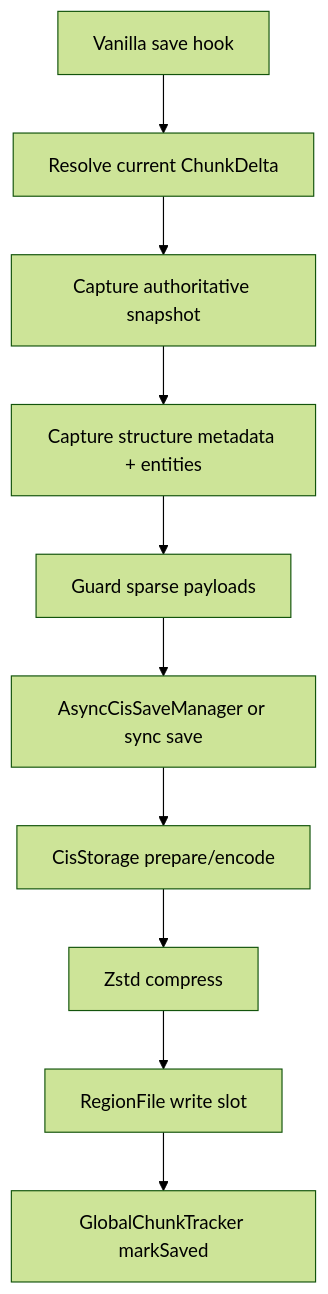
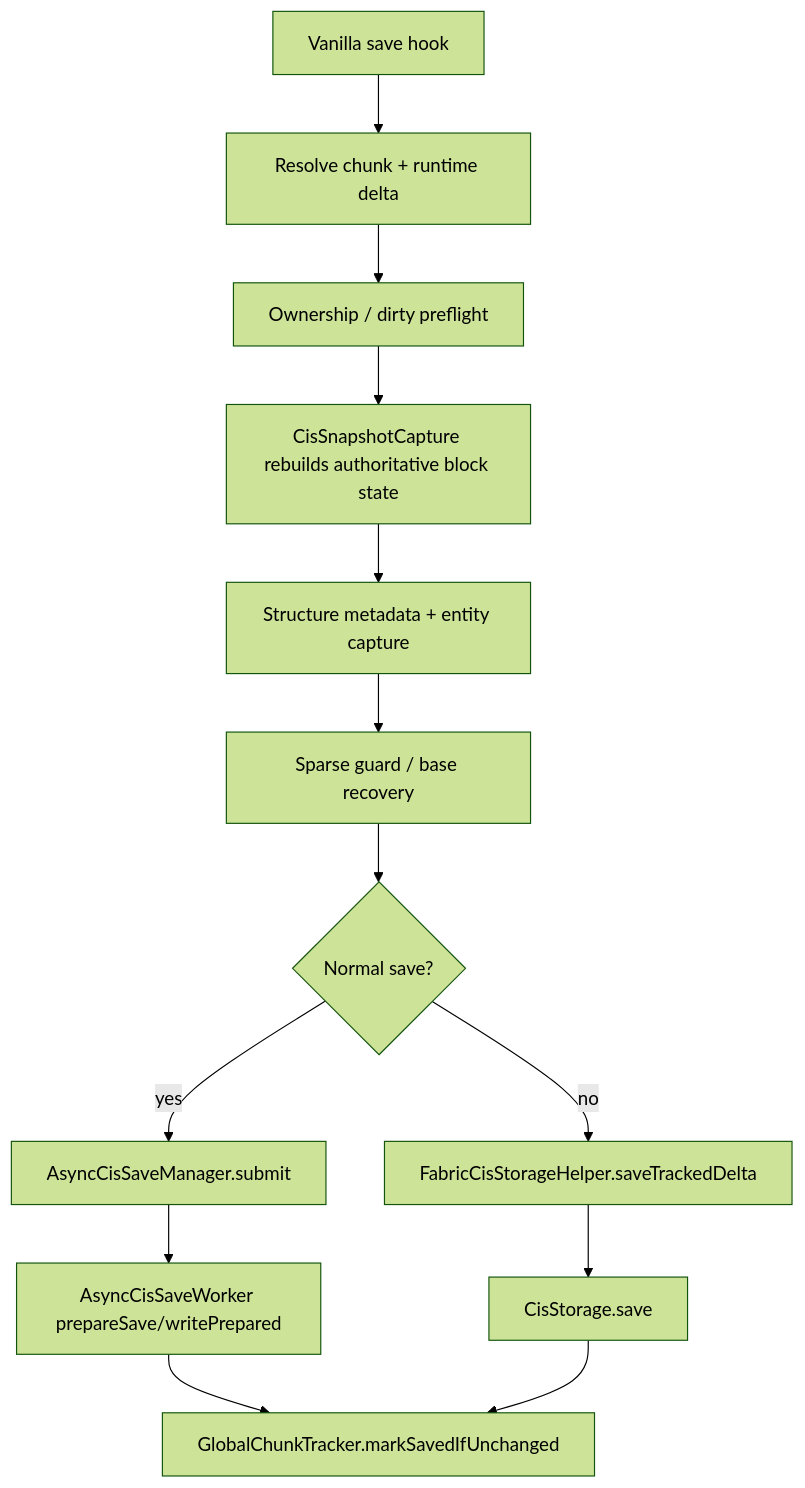
The diagram in docs/Architecture/Save-Pipeline.md (Liparakis/Chunkis), drawn with Mermaid (forest theme) before and after one commit. The commit also changed other lines of this file and 25 other files, not shown here.

Commit message:
docs: sync documentation with current architecture

````diff
--- a/docs/Architecture/Save-Pipeline.md
+++ b/docs/Architecture/Save-Pipeline.md
@@ -34,12 +20,15 @@
 ```mermaid
 flowchart TD
-    A["Vanilla save hook"] --> B["Resolve current ChunkDelta"]
-    B --> C["Capture authoritative snapshot"]
-    C --> D["Capture structure metadata + entities"]
-    D --> E["Guard sparse payloads"]
-    E --> F["AsyncCisSaveManager or sync save"]
-    F --> G["CisStorage prepare/encode"]
-    G --> H["Zstd compress"]
-    H --> I["RegionFile write slot"]
-    I --> J["GlobalChunkTracker markSaved"]
+    A["Vanilla save hook"] --> B["Resolve chunk + runtime delta"]
+    B --> C["Ownership / dirty preflight"]
+    C --> D["CisSnapshotCapture rebuilds authoritative block state"]
+    D --> E["Structure metadata + entity capture"]
+    E --> F["Sparse guard / base recovery"]
+    F --> G{"Normal save?"}
+    G -->|yes| H["AsyncCisSaveManager.submit"]
+    G -->|no| I["FabricCisStorageHelper.saveTrackedDelta"]
+    H --> J["AsyncCisSaveWorker prepareSave/writePrepared"]
+    I --> K["CisStorage.save"]
+    J --> L["GlobalChunkTracker.markSavedIfUnchanged"]
+    K --> L
 ```
````
